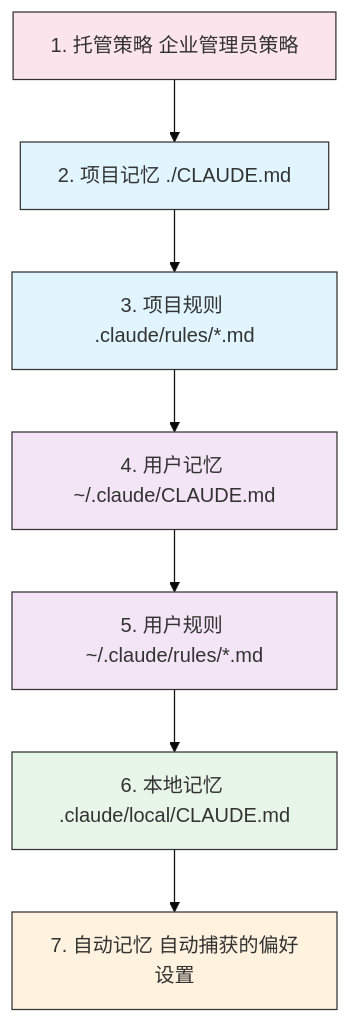
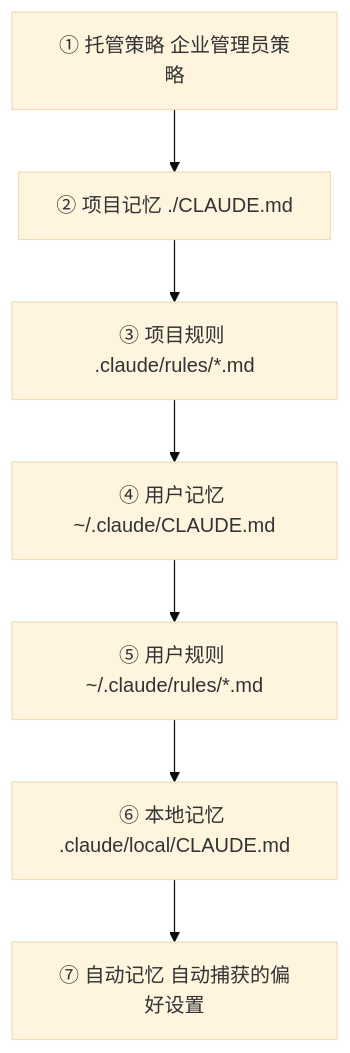
One commit to Rx782-Fss/claude-howto-zh changed the ninth of 31 diagrams in claude-howto-zh/claude_concepts_guide.md. Above: the diagram before and after it, drawn with Mermaid (base theme). The commit also changed other lines of this file and 9 other files, not shown here.

Commit message:
fix: 清除 Mermaid style 行(105处)和节点标签数字列表格式(17处)，修复 Obsidian/GitHub 'Unsupported markdown: list' 渲染错误

````diff
--- a/claude-howto-zh/claude_concepts_guide.md
+++ b/claude-howto-zh/claude_concepts_guide.md
@@ -569,17 +565,10 @@
 ```mermaid
 graph TD
-    A["1. 托管策略 企业管理员策略"] --> B["2. 项目记忆 ./CLAUDE.md"]
-    B --> C["3. 项目规则 .claude/rules/*.md"]
-    C --> D["4. 用户记忆 ~/.claude/CLAUDE.md"]
-    D --> E["5. 用户规则 ~/.claude/rules/*.md"]
-    E --> F["6. 本地记忆 .claude/local/CLAUDE.md"]
-    F --> G["7. 自动记忆 自动捕获的偏好设置"]
+    A["① 托管策略 企业管理员策略"] --> B["② 项目记忆 ./CLAUDE.md"]
+    B --> C["③ 项目规则 .claude/rules/*.md"]
+    C --> D["④ 用户记忆 ~/.claude/CLAUDE.md"]
+    D --> E["⑤ 用户规则 ~/.claude/rules/*.md"]
+    E --> F["⑥ 本地记忆 .claude/local/CLAUDE.md"]
+    F --> G["⑦ 自动记忆 自动捕获的偏好设置"]
 
-    style A fill:#fce4ec,stroke:#333,color:#333
-    style B fill:#e1f5fe,stroke:#333,color:#333
-    style C fill:#e1f5fe,stroke:#333,color:#333
-    style D fill:#f3e5f5,stroke:#333,color:#333
-    style E fill:#f3e5f5,stroke:#333,color:#333
-    style F fill:#e8f5e9,stroke:#333,color:#333
-    style G fill:#fff3e0,stroke:#333,color:#333
 ```
````
